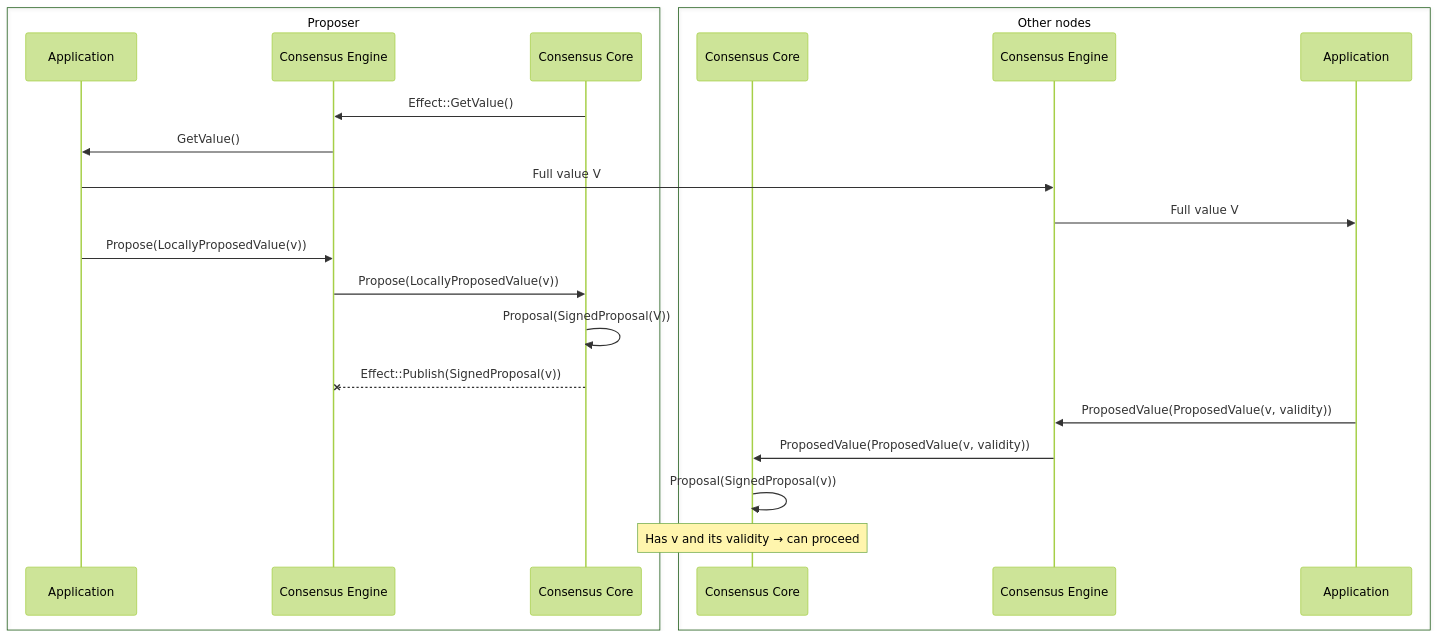
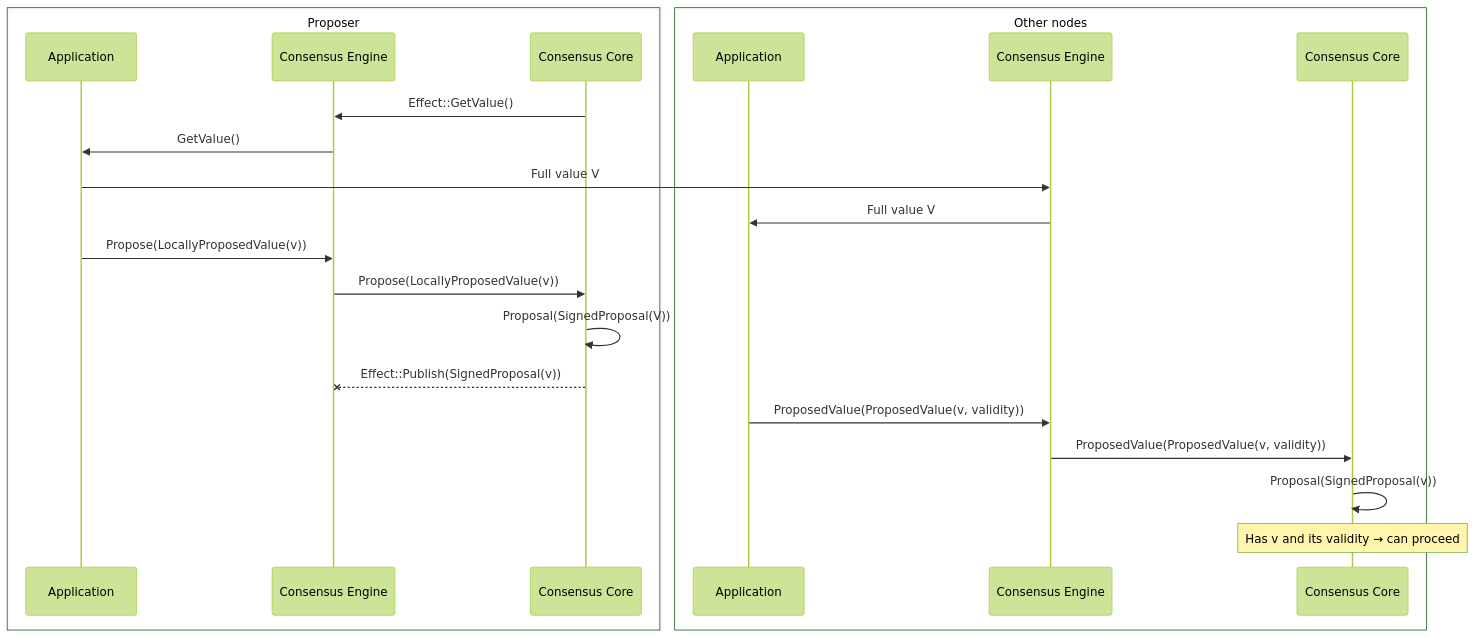
Before and after one commit to circlefin/malachite: the third of 3 diagrams in docs/architecture/adr-003-values-propagation.md, drawn with Mermaid (forest theme). The commit also changed other lines of this file, not shown here.

````diff
--- a/docs/architecture/adr-003-values-propagation.md
+++ b/docs/architecture/adr-003-values-propagation.md
@@ -255,31 +255,31 @@
 ```mermaid
 sequenceDiagram
     box Proposer
       participant A1 as Application
       participant E1 as Consensus Engine
       participant C1 as Consensus Core
     end
 
     box Other nodes
+      participant A2 as Application
+      participant E2 as Consensus Engine
       participant C2 as Consensus Core
-      participant E2 as Consensus Engine
-      participant A2 as Application
     end
 
     C1->>E1: Effect::GetValue()
     E1->>A1: GetValue()
 
     A1->>E2: Full value V
     E2->>A2: Full value V
 
     A1->>E1: Propose(LocallyProposedValue(v))
     E1->>C1: Propose(LocallyProposedValue(v))
     C1->>C1: Proposal(SignedProposal(V))
     C1--xE1: Effect::Publish(SignedProposal(v))
 
     A2->>E2: ProposedValue(ProposedValue(v, validity))
     E2->>C2: ProposedValue(ProposedValue(v, validity))
     C2->>C2: Proposal(SignedProposal(v))
 
     Note over C2: Has v and its validity → can proceed
 ```
````
